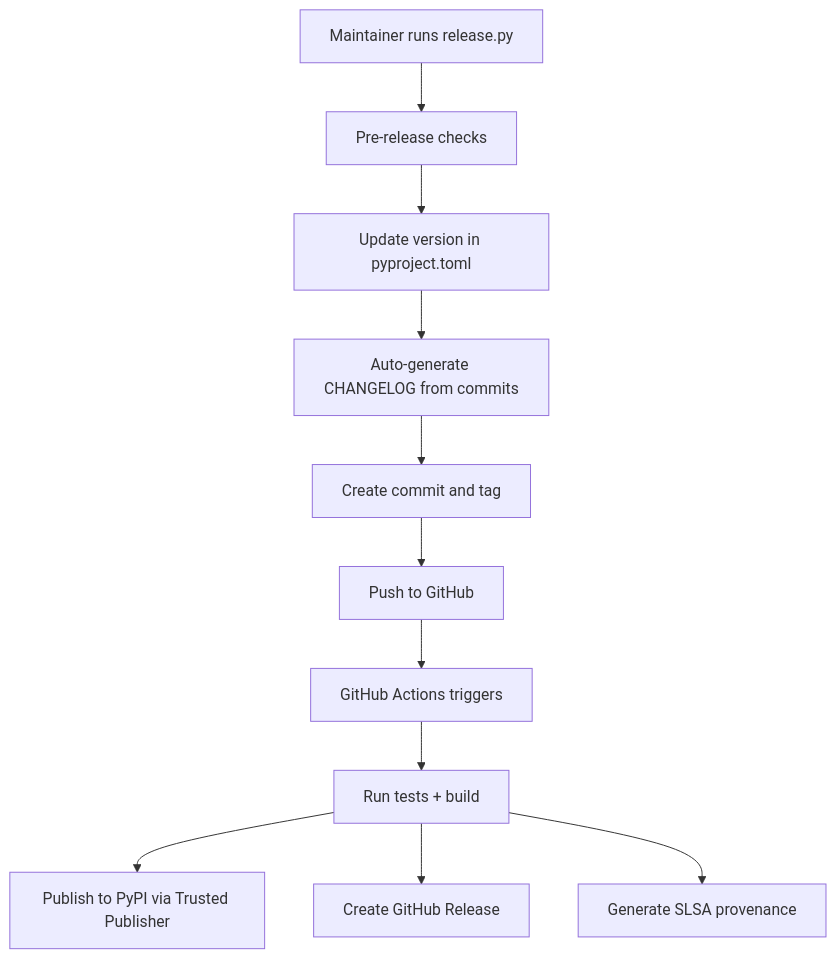
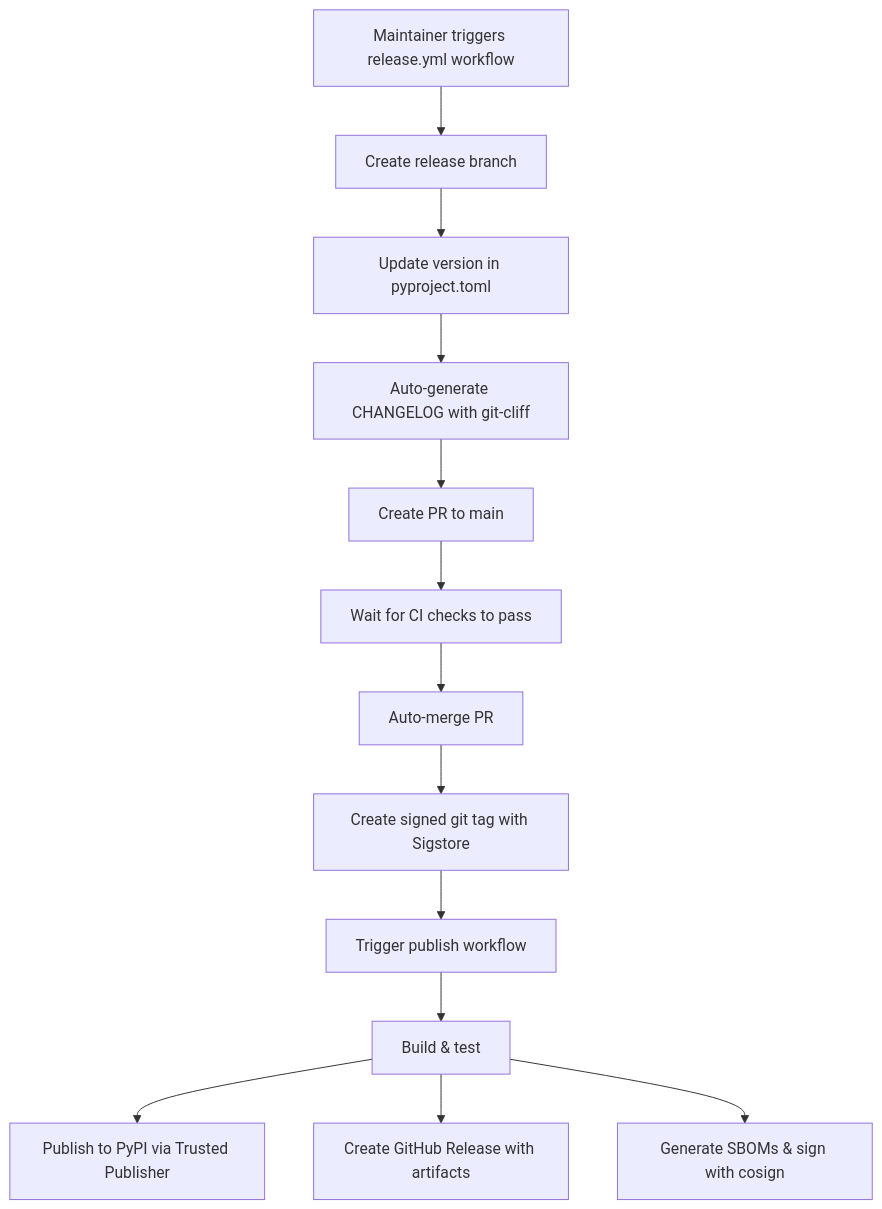
One commit to reuteras/miniflux-tui-py changed the diagram in AGENT.md. Above: the diagram before and after it, drawn with Mermaid. The commit also changed other lines of this file and 19 other files, not shown here.

````diff
--- a/AGENT.md
+++ b/AGENT.md
@@ -563,13 +565,15 @@
 ```mermaid
 graph TD
-    A[Maintainer runs release.py] --> B[Pre-release checks]
+    A[Maintainer triggers release.yml workflow] --> B[Create release branch]
     B --> C[Update version in pyproject.toml]
-    C --> D[Auto-generate CHANGELOG from commits]
-    D --> E[Create commit and tag]
-    E --> F[Push to GitHub]
-    F --> G[GitHub Actions triggers]
-    G --> H[Run tests + build]
-    H --> I[Publish to PyPI via Trusted Publisher]
-    H --> J[Create GitHub Release]
-    H --> K[Generate SLSA provenance]
+    C --> D[Auto-generate CHANGELOG with git-cliff]
+    D --> E[Create PR to main]
+    E --> F[Wait for CI checks to pass]
+    F --> G[Auto-merge PR]
+    G --> H[Create signed git tag with Sigstore]
+    H --> I[Trigger publish workflow]
+    I --> J[Build & test]
+    J --> K[Publish to PyPI via Trusted Publisher]
+    J --> L[Create GitHub Release with artifacts]
+    J --> M[Generate SBOMs & sign with cosign]
 ```
````
